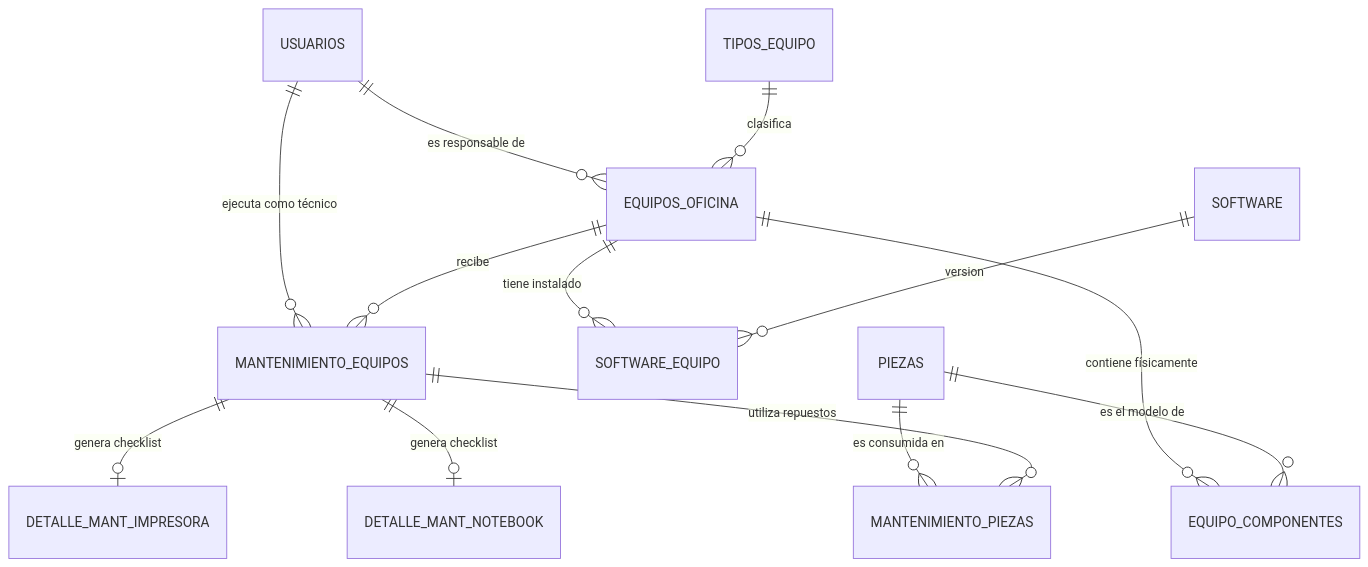
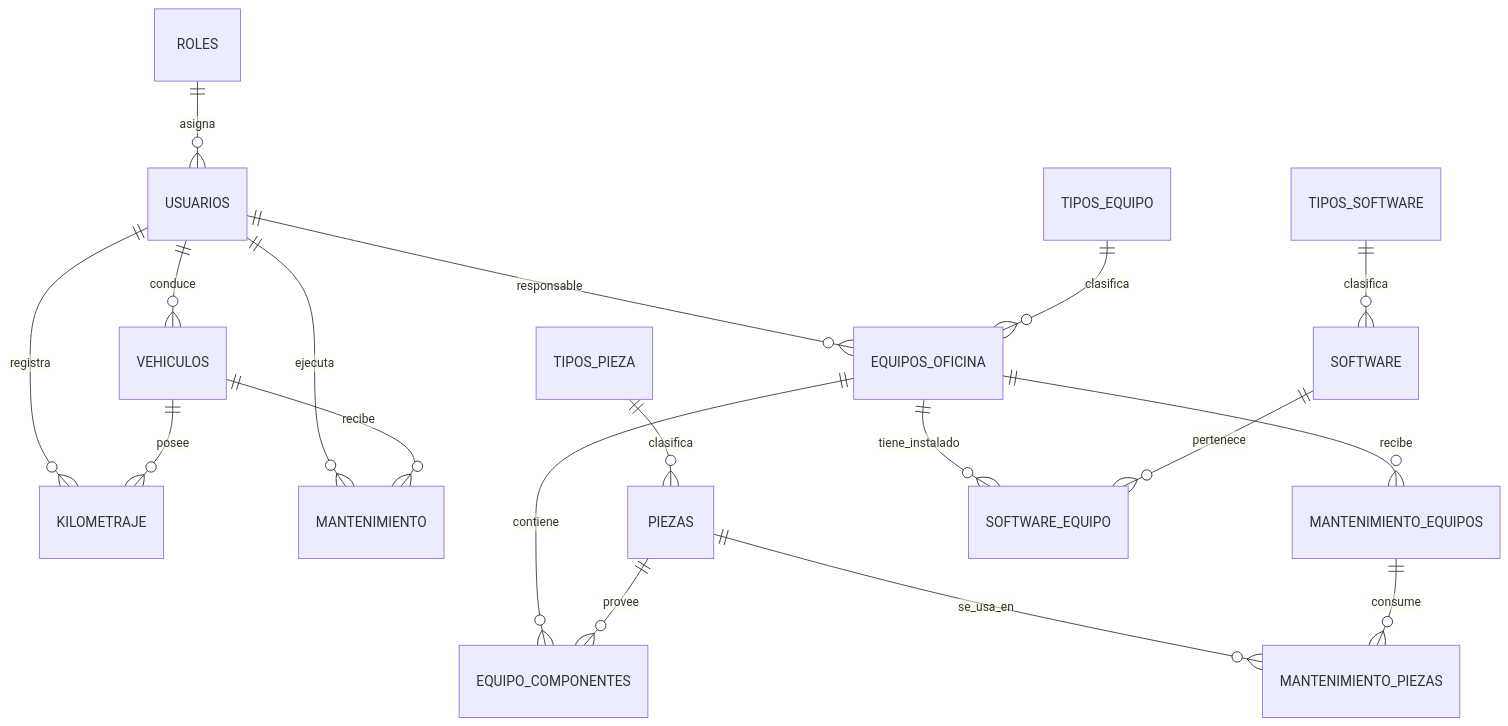
Before and after one commit to lilithrv/hirata-transporte: the diagram in docs/tecnico/base-datos.md, drawn with Mermaid. The commit also changed other lines of this file and 1 other file, not shown here.

Commit message:
docs: arquitectura

````diff
--- a/docs/tecnico/base-datos.md
+++ b/docs/tecnico/base-datos.md
@@ -11,19 +11,25 @@
 ```mermaid
 erDiagram
-    USUARIOS ||--o{ EQUIPOS_OFICINA : "es responsable de"
-    USUARIOS ||--o{ MANTENIMIENTO_EQUIPOS : "ejecuta como técnico"
+    ROLES ||--o{ USUARIOS : "asigna"
+    USUARIOS ||--o{ VEHICULOS : "conduce"
+    USUARIOS ||--o{ KILOMETRAJE : "registra"
+    USUARIOS ||--o{ MANTENIMIENTO : "ejecuta"
+    USUARIOS ||--o{ EQUIPOS_OFICINA : "responsable"
+    
+    VEHICULOS ||--o{ KILOMETRAJE : "posee"
+    VEHICULOS ||--o{ MANTENIMIENTO : "recibe"
+    
     TIPOS_EQUIPO ||--o{ EQUIPOS_OFICINA : "clasifica"
+    TIPOS_PIEZA ||--o{ PIEZAS : "clasifica"
+    TIPOS_SOFTWARE ||--o{ SOFTWARE : "clasifica"
     
+    EQUIPOS_OFICINA ||--o{ EQUIPO_COMPONENTES : "contiene"
     EQUIPOS_OFICINA ||--o{ MANTENIMIENTO_EQUIPOS : "recibe"
-    EQUIPOS_OFICINA ||--o{ EQUIPO_COMPONENTES : "contiene físicamente"
-    EQUIPOS_OFICINA ||--o{ SOFTWARE_EQUIPO : "tiene instalado"
+    EQUIPOS_OFICINA ||--o{ SOFTWARE_EQUIPO : "tiene_instalado"
     
-    PIEZAS ||--o{ EQUIPO_COMPONENTES : "es el modelo de"
-    PIEZAS ||--o{ MANTENIMIENTO_PIEZAS : "es consumida en"
+    PIEZAS ||--o{ EQUIPO_COMPONENTES : "provee"
+    PIEZAS ||--o{ MANTENIMIENTO_PIEZAS : "se_usa_en"
     
-    MANTENIMIENTO_EQUIPOS ||--o{ MANTENIMIENTO_PIEZAS : "utiliza repuestos"
-    MANTENIMIENTO_EQUIPOS ||--o| DETALLE_MANT_NOTEBOOK : "genera checklist"
-    MANTENIMIENTO_EQUIPOS ||--o| DETALLE_MANT_IMPRESORA : "genera checklist"
-    
-    SOFTWARE ||--o{ SOFTWARE_EQUIPO : "version"
+    MANTENIMIENTO_EQUIPOS ||--o{ MANTENIMIENTO_PIEZAS : "consume"
+    SOFTWARE ||--o{ SOFTWARE_EQUIPO : "pertenece"
 ```
````
